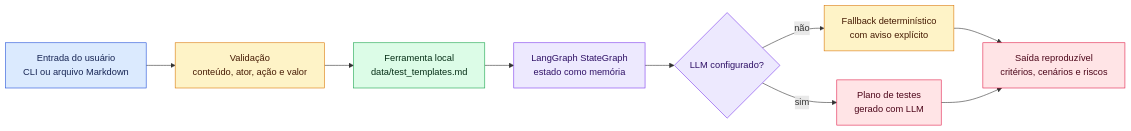
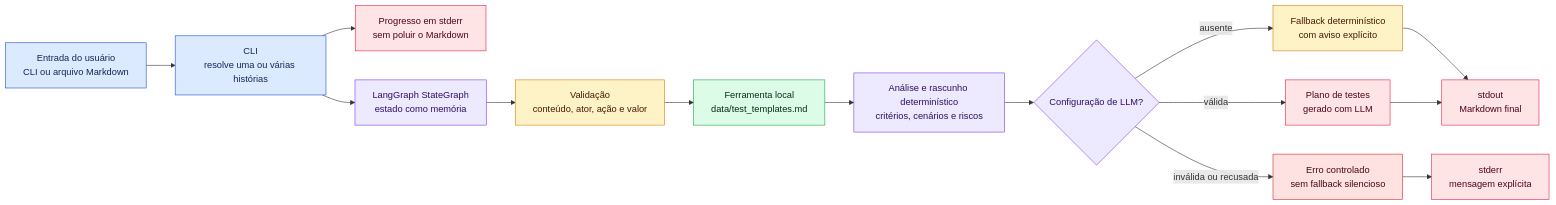
One commit to geocarlos/test-plan-agent changed the first of 2 diagrams in README.md. Above: the diagram before and after it, drawn with Mermaid. The commit also changed other lines of this file, not shown here.

Commit message:
docs: update agent flow diagrams

````diff
--- a/README.md
+++ b/README.md
@@ -42,24 +42,31 @@
 ```mermaid
 flowchart LR
-    user_input[Entrada do usuário<br/>CLI ou arquivo Markdown] --> validate[Validação<br/>conteúdo, ator, ação e valor]
+    user_input[Entrada do usuário<br/>CLI ou arquivo Markdown] --> cli[CLI<br/>resolve uma ou várias histórias]
+    cli --> progress[Progresso em stderr<br/>sem poluir o Markdown]
+    cli --> graph_state[LangGraph StateGraph<br/>estado como memória]
+    graph_state --> validate[Validação<br/>conteúdo, ator, ação e valor]
     validate --> context[Ferramenta local<br/>data/test_templates.md]
-    context --> graph_state[LangGraph StateGraph<br/>estado como memória]
-    graph_state --> llm{LLM configurado?}
-    llm -->|sim| plan[Plano de testes<br/>gerado com LLM]
-    llm -->|não| fallback[Fallback determinístico<br/>com aviso explícito]
-    fallback --> output[Saída reproduzível<br/>critérios, cenários e riscos]
-    plan --> output[Saída reproduzível<br/>critérios, cenários e riscos]
+    context --> deterministic[Análise e rascunho determinístico<br/>critérios, cenários e riscos]
+    deterministic --> llm{Configuração de LLM?}
+    llm -->|ausente| fallback[Fallback determinístico<br/>com aviso explícito]
+    llm -->|válida| plan[Plano de testes<br/>gerado com LLM]
+    llm -->|inválida ou recusada| controlled_error[Erro controlado<br/>sem fallback silencioso]
+    fallback --> output[stdout<br/>Markdown final]
+    plan --> output
+    controlled_error --> stderr_error[stderr<br/>mensagem explícita]
 
     classDef inputClass fill:#dbeafe,stroke:#1d4ed8,color:#172554
     classDef validationClass fill:#fef3c7,stroke:#d97706,color:#451a03
     classDef toolClass fill:#dcfce7,stroke:#16a34a,color:#052e16
     classDef graphClass fill:#ede9fe,stroke:#7c3aed,color:#2e1065
     classDef outputClass fill:#ffe4e6,stroke:#e11d48,color:#4c0519
+    classDef errorClass fill:#fee2e2,stroke:#dc2626,color:#450a0a
 
-    class user_input inputClass
+    class user_input,cli inputClass
     class validate validationClass
     class context toolClass
-    class graph_state,llm graphClass
-    class plan,output outputClass
+    class graph_state,deterministic,llm graphClass
+    class plan,output,progress,stderr_error outputClass
     class fallback validationClass
+    class controlled_error errorClass
 ```
````
